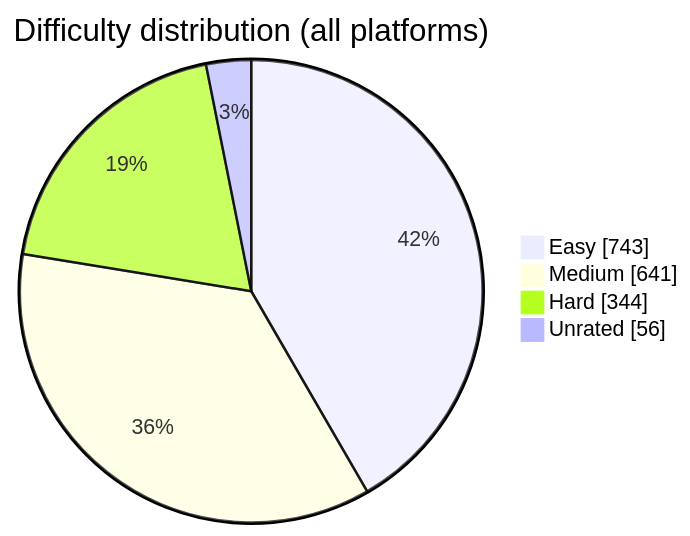
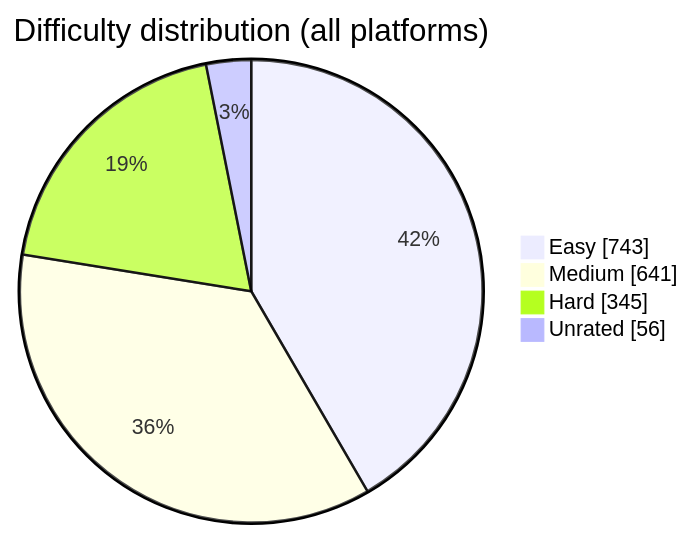
The diagram in README.md (BuildbyArindam/Daily-Coding-Log), drawn with Mermaid before and after one commit. The commit also changed other lines of this file, not shown here.

````diff
--- a/README.md
+++ b/README.md
@@ -108,7 +108,7 @@
 ```mermaid
 pie showData title Difficulty distribution (all platforms)
     "Easy" : 743
     "Medium" : 641
-    "Hard" : 344
+    "Hard" : 345
     "Unrated" : 56
 ```
````
